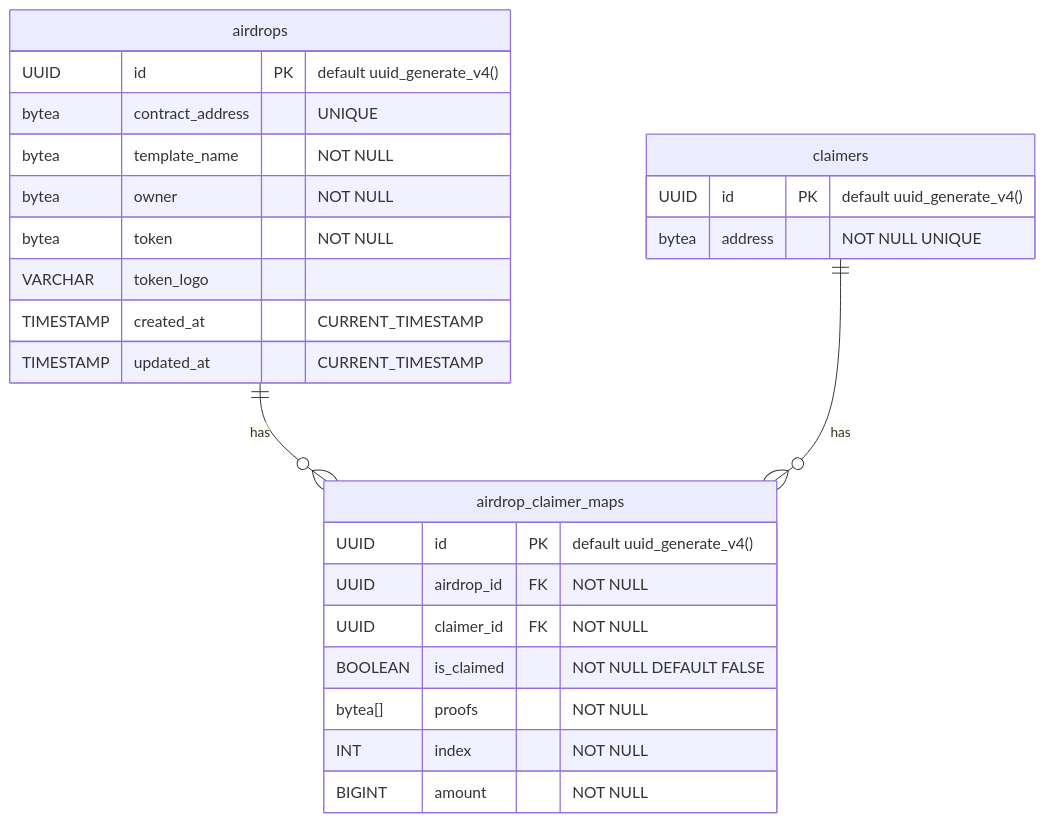
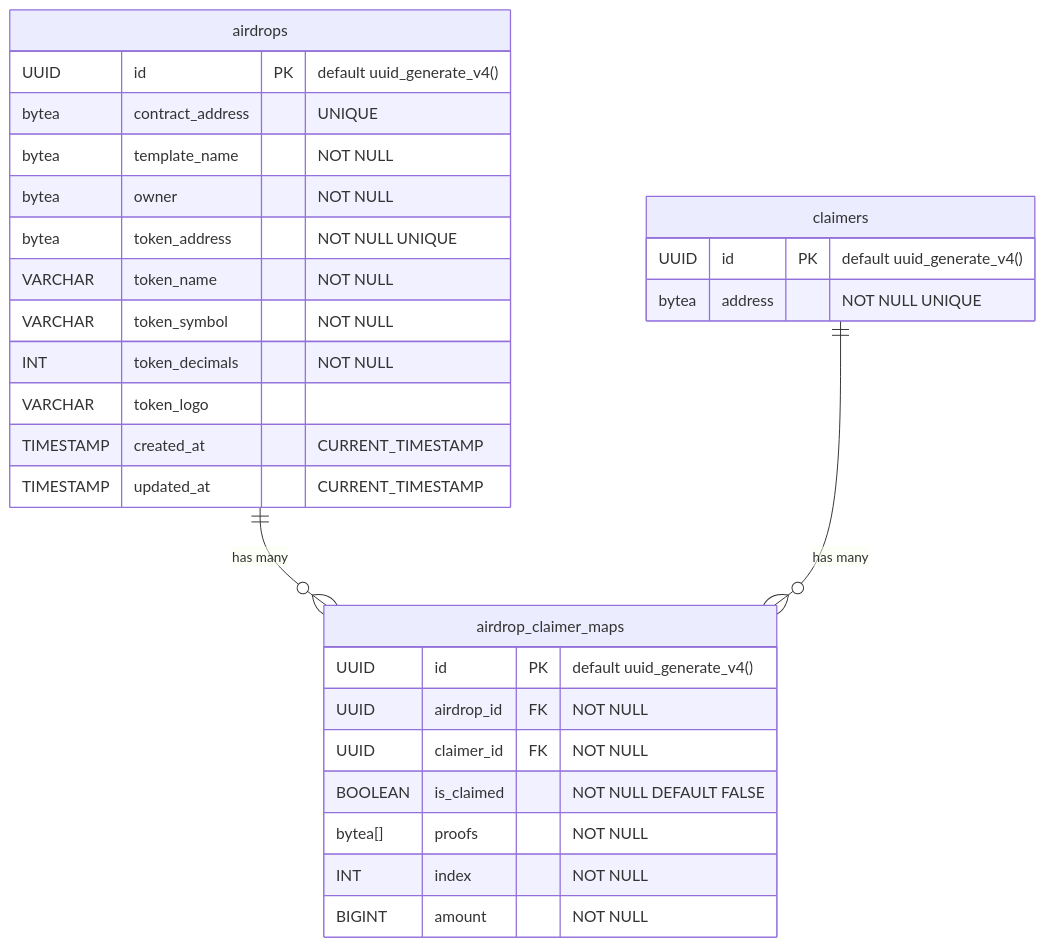
The first of 2 diagrams in docs/index.md (DeFiGeek-Community/megumi-interface), drawn with Mermaid before and after one commit.

````diff
--- a/docs/index.md
+++ b/docs/index.md
@@ -5,32 +5,35 @@
 ```mermaid
 erDiagram
     airdrops {
         UUID id PK "default uuid_generate_v4()"
         bytea contract_address "UNIQUE"
         bytea template_name "NOT NULL"
         bytea owner "NOT NULL"
-        bytea token "NOT NULL"
+        bytea token_address "NOT NULL UNIQUE"
+        VARCHAR token_name "NOT NULL"
+        VARCHAR token_symbol "NOT NULL"
+        INT token_decimals "NOT NULL"
         VARCHAR token_logo
         TIMESTAMP created_at "CURRENT_TIMESTAMP"
         TIMESTAMP updated_at "CURRENT_TIMESTAMP"
     }
 
     claimers {
         UUID id PK "default uuid_generate_v4()"
         bytea address "NOT NULL UNIQUE"
     }
 
     airdrop_claimer_maps {
         UUID id PK "default uuid_generate_v4()"
         UUID airdrop_id FK "NOT NULL"
         UUID claimer_id FK "NOT NULL"
         BOOLEAN is_claimed "NOT NULL DEFAULT FALSE"
         bytea[] proofs "NOT NULL"
         INT index "NOT NULL"
         BIGINT amount "NOT NULL"
     }
 
-    airdrops ||--o{ airdrop_claimer_maps : "has"
-    claimers ||--o{ airdrop_claimer_maps : "has"
+    airdrops ||--o{ airdrop_claimer_maps : "has many"
+    claimers ||--o{ airdrop_claimer_maps : "has many"
 
 ```
````
